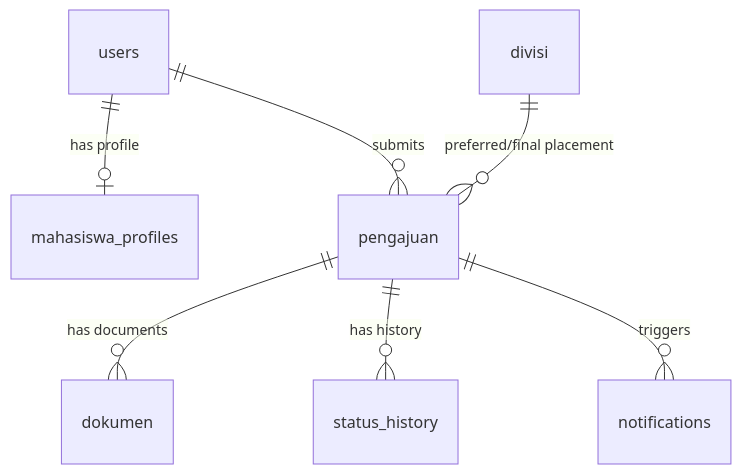
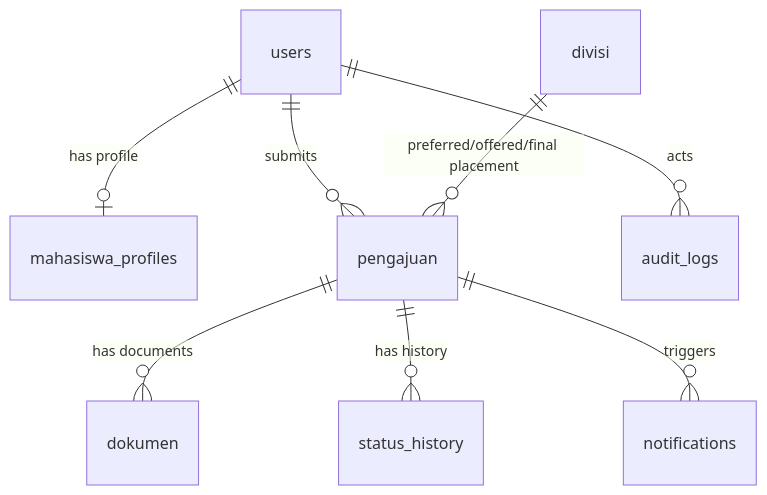
The diagram in docs/DATABASE_DESIGN.md (Khalishazahwa15/simagang), drawn with Mermaid before and after one commit. The commit also changed other lines of this file and 10 other files, not shown here.

````diff
--- a/docs/DATABASE_DESIGN.md
+++ b/docs/DATABASE_DESIGN.md
@@ -10,9 +15,10 @@
 ```mermaid
 erDiagram
     users ||--o| mahasiswa_profiles : "has profile"
     users ||--o{ pengajuan : "submits"
-    divisi ||--o{ pengajuan : "preferred/final placement"
+    divisi ||--o{ pengajuan : "preferred/offered/final placement"
     pengajuan ||--o{ dokumen : "has documents"
     pengajuan ||--o{ status_history : "has history"
     pengajuan ||--o{ notifications : "triggers"
+    users ||--o{ audit_logs : "acts"
 ```
````
